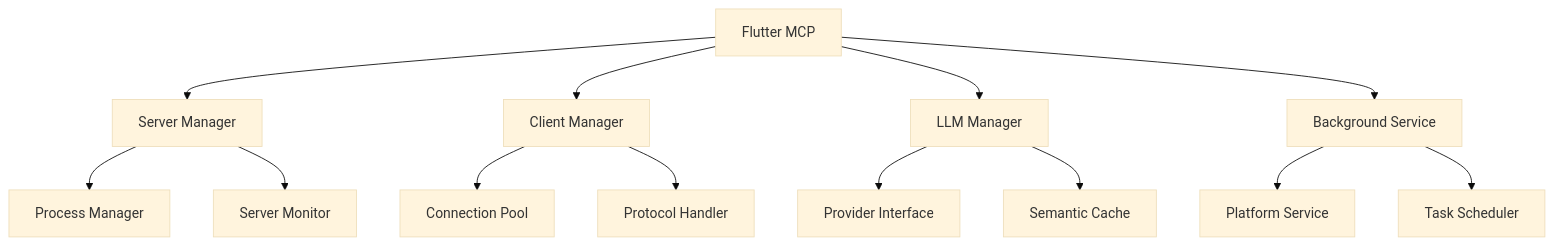
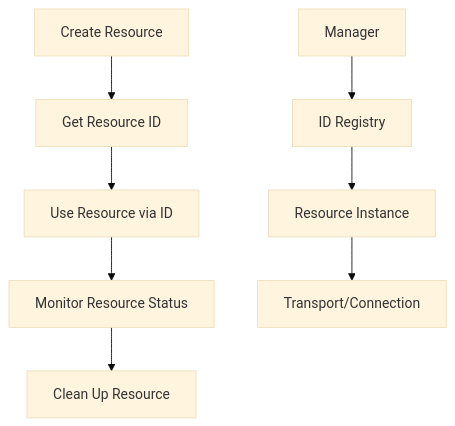
The diagram in doc/guides/architecture.md (app-appplayer/flutter_mcp), drawn with Mermaid (base theme) before and after one commit. The commit also changed other lines of this file and 25 other files, not shown here.

````diff
--- a/doc/guides/architecture.md
+++ b/doc/guides/architecture.md
@@ -79,19 +208,11 @@
 ```mermaid
 graph TD
-    A[Flutter MCP] --> B[Server Manager]
-    A --> C[Client Manager]
-    A --> D[LLM Manager]
-    A --> E[Background Service]
+    A[Create Resource] --> B[Get Resource ID]
+    B --> C[Use Resource via ID]
+    C --> D[Monitor Resource Status]
+    D --> E[Clean Up Resource]
     
-    B --> F[Process Manager]
-    B --> G[Server Monitor]
-    
-    C --> H[Connection Pool]
-    C --> I[Protocol Handler]
-    
-    D --> J[Provider Interface]
-    D --> K[Semantic Cache]
-    
-    E --> L[Platform Service]
-    E --> M[Task Scheduler]
+    F[Manager] --> G[ID Registry]
+    G --> H[Resource Instance]
+    H --> I[Transport/Connection]
 ```
````
